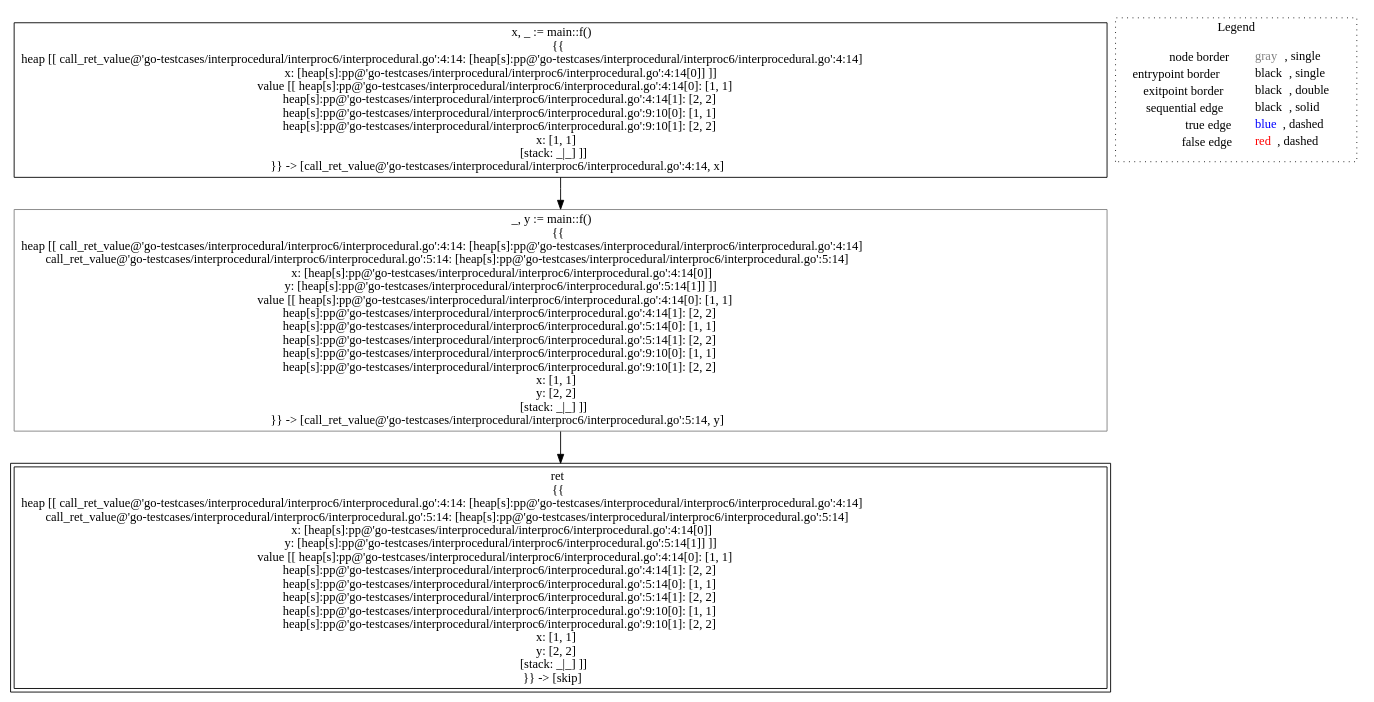
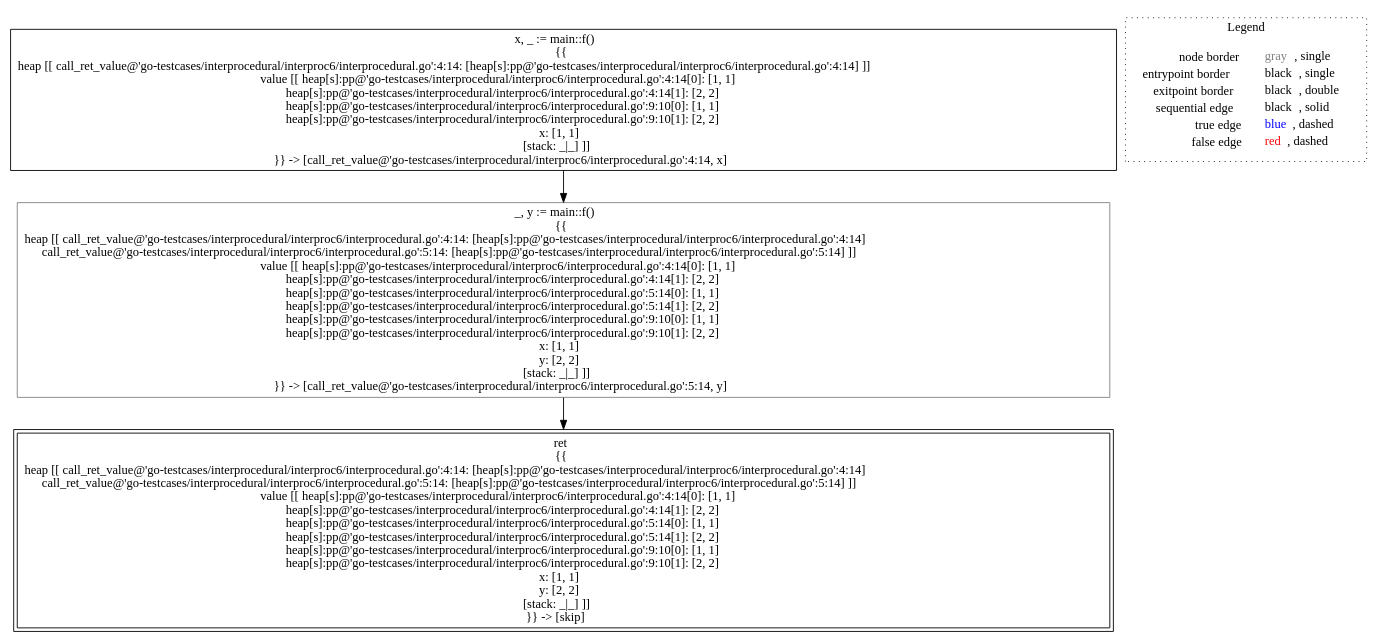
The diagram in go-lisa/go-testcases/interprocedural/interproc6/analysis___untyped_main.main().dot (lisa-analyzer/go-lisa), drawn with Graphviz before and after one commit. The commit also changed 12 other files, not shown here.

```diff
--- a/go-lisa/go-testcases/interprocedural/interproc6/analysis___untyped_main.main().dot
+++ b/go-lisa/go-testcases/interprocedural/interproc6/analysis___untyped_main.main().dot
@@ -1,14 +1,14 @@
 digraph {
-	"node0" [shape="rect",color="black",label=<x, _ := main::f()<BR/>{{<BR/>heap [[ call_ret_value@'go-testcases/interprocedural/interproc6/interprocedural.go':4:14: [heap[s]:pp@'go-testcases/interprocedural/interproc6/interprocedural.go':4:14]<BR/>x: [heap[s]:pp@'go-testcases/interprocedural/interproc6/interprocedural.go':4:14[0]] ]]<BR/>value [[ heap[s]:pp@'go-testcases/interprocedural/interproc6/interprocedural.go':4:14[0]: [1, 1]<BR/>heap[s]:pp@'go-testcases/interprocedural/interproc6/interprocedural.go':4:14[1]: [2, 2]<BR/>heap[s]:pp@'go-testcases/interprocedural/interproc6/interprocedural.go':9:10[0]: [1, 1]<BR/>heap[s]:pp@'go-testcases/interprocedural/interproc6/interprocedural.go':9:10[1]: [2, 2]<BR/>x: [1, 1]<BR/>[stack: _|_] ]]<BR/>}} -&gt; [call_ret_value@'go-testcases/interprocedural/interproc6/interprocedural.go':4:14, x]>];
-	"node1" [shape="rect",color="gray",label=<_, y := main::f()<BR/>{{<BR/>heap [[ call_ret_value@'go-testcases/interprocedural/interproc6/interprocedural.go':4:14: [heap[s]:pp@'go-testcases/interprocedural/interproc6/interprocedural.go':4:14]<BR/>call_ret_value@'go-testcases/interprocedural/interproc6/interprocedural.go':5:14: [heap[s]:pp@'go-testcases/interprocedural/interproc6/interprocedural.go':5:14]<BR/>x: [heap[s]:pp@'go-testcases/interprocedural/interproc6/interprocedural.go':4:14[0]]<BR/>y: [heap[s]:pp@'go-testcases/interprocedural/interproc6/interprocedural.go':5:14[1]] ]]<BR/>value [[ heap[s]:pp@'go-testcases/interprocedural/interproc6/interprocedural.go':4:14[0]: [1, 1]<BR/>heap[s]:pp@'go-testcases/interprocedural/interproc6/interprocedural.go':4:14[1]: [2, 2]<BR/>heap[s]:pp@'go-testcases/interprocedural/interproc6/interprocedural.go':5:14[0]: [1, 1]<BR/>heap[s]:pp@'go-testcases/interprocedural/interproc6/interprocedural.go':5:14[1]: [2, 2]<BR/>heap[s]:pp@'go-testcases/interprocedural/interproc6/interprocedural.go':9:10[0]: [1, 1]<BR/>heap[s]:pp@'go-testcases/interprocedural/interproc6/interprocedural.go':9:10[1]: [2, 2]<BR/>x: [1, 1]<BR/>y: [2, 2]<BR/>[stack: _|_] ]]<BR/>}} -&gt; [call_ret_value@'go-testcases/interprocedural/interproc6/interprocedural.go':5:14, y]>];
-	"node2" [shape="rect",color="black",peripheries="2",label=<ret<BR/>{{<BR/>heap [[ call_ret_value@'go-testcases/interprocedural/interproc6/interprocedural.go':4:14: [heap[s]:pp@'go-testcases/interprocedural/interproc6/interprocedural.go':4:14]<BR/>call_ret_value@'go-testcases/interprocedural/interproc6/interprocedural.go':5:14: [heap[s]:pp@'go-testcases/interprocedural/interproc6/interprocedural.go':5:14]<BR/>x: [heap[s]:pp@'go-testcases/interprocedural/interproc6/interprocedural.go':4:14[0]]<BR/>y: [heap[s]:pp@'go-testcases/interprocedural/interproc6/interprocedural.go':5:14[1]] ]]<BR/>value [[ heap[s]:pp@'go-testcases/interprocedural/interproc6/interprocedural.go':4:14[0]: [1, 1]<BR/>heap[s]:pp@'go-testcases/interprocedural/interproc6/interprocedural.go':4:14[1]: [2, 2]<BR/>heap[s]:pp@'go-testcases/interprocedural/interproc6/interprocedural.go':5:14[0]: [1, 1]<BR/>heap[s]:pp@'go-testcases/interprocedural/interproc6/interprocedural.go':5:14[1]: [2, 2]<BR/>heap[s]:pp@'go-testcases/interprocedural/interproc6/interprocedural.go':9:10[0]: [1, 1]<BR/>heap[s]:pp@'go-testcases/interprocedural/interproc6/interprocedural.go':9:10[1]: [2, 2]<BR/>x: [1, 1]<BR/>y: [2, 2]<BR/>[stack: _|_] ]]<BR/>}} -&gt; [skip]>];
+	"node0" [shape="rect",color="black",label=<x, _ := main::f()<BR/>{{<BR/>heap [[ call_ret_value@'go-testcases/interprocedural/interproc6/interprocedural.go':4:14: [heap[s]:pp@'go-testcases/interprocedural/interproc6/interprocedural.go':4:14] ]]<BR/>value [[ heap[s]:pp@'go-testcases/interprocedural/interproc6/interprocedural.go':4:14[0]: [1, 1]<BR/>heap[s]:pp@'go-testcases/interprocedural/interproc6/interprocedural.go':4:14[1]: [2, 2]<BR/>heap[s]:pp@'go-testcases/interprocedural/interproc6/interprocedural.go':9:10[0]: [1, 1]<BR/>heap[s]:pp@'go-testcases/interprocedural/interproc6/interprocedural.go':9:10[1]: [2, 2]<BR/>x: [1, 1]<BR/>[stack: _|_] ]]<BR/>}} -&gt; [call_ret_value@'go-testcases/interprocedural/interproc6/interprocedural.go':4:14, x]>];
+	"node1" [shape="rect",color="gray",label=<_, y := main::f()<BR/>{{<BR/>heap [[ call_ret_value@'go-testcases/interprocedural/interproc6/interprocedural.go':4:14: [heap[s]:pp@'go-testcases/interprocedural/interproc6/interprocedural.go':4:14]<BR/>call_ret_value@'go-testcases/interprocedural/interproc6/interprocedural.go':5:14: [heap[s]:pp@'go-testcases/interprocedural/interproc6/interprocedural.go':5:14] ]]<BR/>value [[ heap[s]:pp@'go-testcases/interprocedural/interproc6/interprocedural.go':4:14[0]: [1, 1]<BR/>heap[s]:pp@'go-testcases/interprocedural/interproc6/interprocedural.go':4:14[1]: [2, 2]<BR/>heap[s]:pp@'go-testcases/interprocedural/interproc6/interprocedural.go':5:14[0]: [1, 1]<BR/>heap[s]:pp@'go-testcases/interprocedural/interproc6/interprocedural.go':5:14[1]: [2, 2]<BR/>heap[s]:pp@'go-testcases/interprocedural/interproc6/interprocedural.go':9:10[0]: [1, 1]<BR/>heap[s]:pp@'go-testcases/interprocedural/interproc6/interprocedural.go':9:10[1]: [2, 2]<BR/>x: [1, 1]<BR/>y: [2, 2]<BR/>[stack: _|_] ]]<BR/>}} -&gt; [call_ret_value@'go-testcases/interprocedural/interproc6/interprocedural.go':5:14, y]>];
+	"node2" [shape="rect",color="black",peripheries="2",label=<ret<BR/>{{<BR/>heap [[ call_ret_value@'go-testcases/interprocedural/interproc6/interprocedural.go':4:14: [heap[s]:pp@'go-testcases/interprocedural/interproc6/interprocedural.go':4:14]<BR/>call_ret_value@'go-testcases/interprocedural/interproc6/interprocedural.go':5:14: [heap[s]:pp@'go-testcases/interprocedural/interproc6/interprocedural.go':5:14] ]]<BR/>value [[ heap[s]:pp@'go-testcases/interprocedural/interproc6/interprocedural.go':4:14[0]: [1, 1]<BR/>heap[s]:pp@'go-testcases/interprocedural/interproc6/interprocedural.go':4:14[1]: [2, 2]<BR/>heap[s]:pp@'go-testcases/interprocedural/interproc6/interprocedural.go':5:14[0]: [1, 1]<BR/>heap[s]:pp@'go-testcases/interprocedural/interproc6/interprocedural.go':5:14[1]: [2, 2]<BR/>heap[s]:pp@'go-testcases/interprocedural/interproc6/interprocedural.go':9:10[0]: [1, 1]<BR/>heap[s]:pp@'go-testcases/interprocedural/interproc6/interprocedural.go':9:10[1]: [2, 2]<BR/>x: [1, 1]<BR/>y: [2, 2]<BR/>[stack: _|_] ]]<BR/>}} -&gt; [skip]>];
+	"node1" -> "node2" [color="black"];
 	"node0" -> "node1" [color="black"];
-	"node1" -> "node2" [color="black"];
 subgraph cluster_legend {
 	label="Legend";
 	style=dotted;
 	node [shape=plaintext];
 	"legend" [label=<<table border="0" cellpadding="2" cellspacing="0" cellborder="0"><tr><td align="right">node border&nbsp;</td><td align="left"><font color="gray">gray</font>, single</td></tr><tr><td align="right">entrypoint border&nbsp;</td><td align="left"><font color="black">black</font>, single</td></tr><tr><td align="right">exitpoint border&nbsp;</td><td align="left"><font color="black">black</font>, double</td></tr><tr><td align="right">sequential edge&nbsp;</td><td align="left"><font color="black">black</font>, solid</td></tr><tr><td align="right">true edge&nbsp;</td><td align="left"><font color="blue">blue</font>, dashed</td></tr><tr><td align="right">false edge&nbsp;</td><td align="left"><font color="red">red</font>, dashed</td></tr></table>>];
 }
 
 }
```
